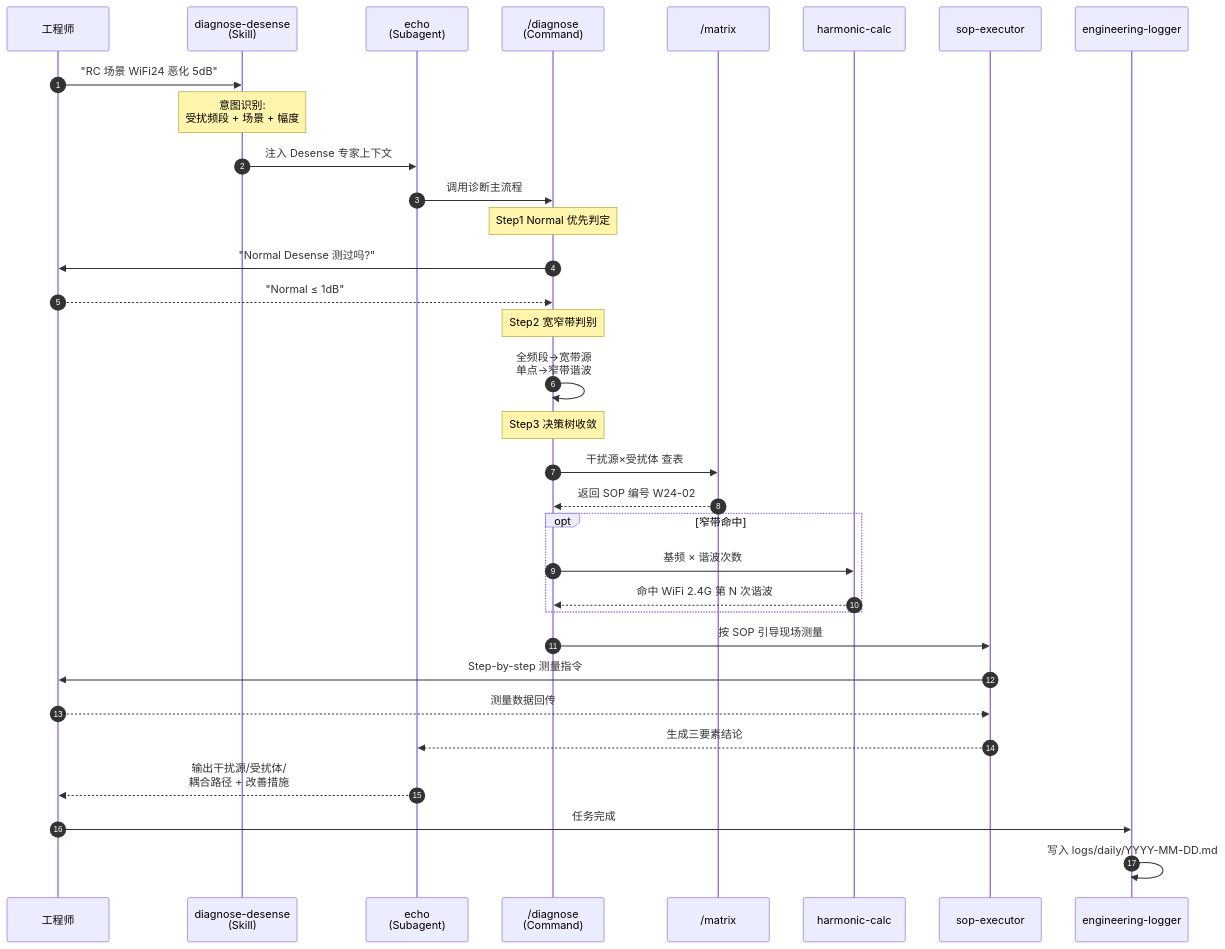
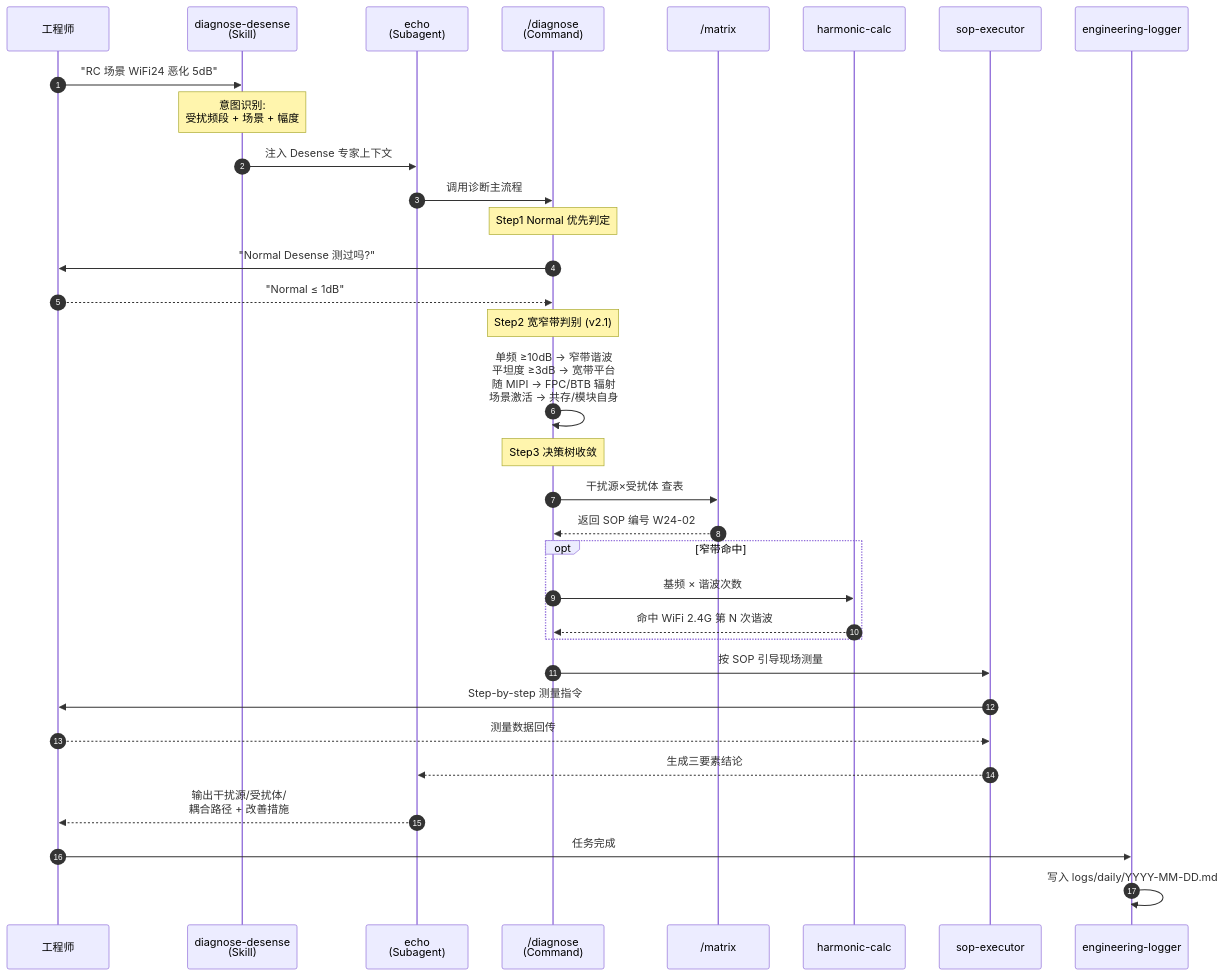
Before and after one commit to cuipointer/Echo: the second of 2 diagrams in docs/architecture.md, drawn with Mermaid. The commit also changed other lines of this file and 1 other file, not shown here.

First line of the commit message:
docs: architecture + development-plan 同步 v2.1.0

````diff
--- a/docs/architecture.md
+++ b/docs/architecture.md
@@ -67,43 +69,43 @@
 ```mermaid
 sequenceDiagram
     autonumber
     participant U as 工程师
     participant S as diagnose-desense<br/>(Skill)
     participant E as echo<br/>(Subagent)
     participant D as /diagnose<br/>(Command)
     participant M as /matrix
     participant H as harmonic-calc
     participant X as sop-executor
     participant L as engineering-logger
 
     U->>S: "RC 场景 WiFi24 恶化 5dB"
     Note over S: 意图识别:<br/>受扰频段 + 场景 + 幅度
     S->>E: 注入 Desense 专家上下文
     E->>D: 调用诊断主流程
 
     Note over D: Step1 Normal 优先判定
     D->>U: "Normal Desense 测过吗?"
     U-->>D: "Normal ≤ 1dB"
 
-    Note over D: Step2 宽窄带判别
-    D->>D: 全频段→宽带源<br/>单点→窄带谐波
+    Note over D: Step2 宽窄带判别 (v2.1)
+    D->>D: 单频 ≥10dB → 窄带谐波<br/>平坦度 ≥3dB → 宽带平台<br/>随 MIPI → FPC/BTB 辐射<br/>场景激活 → 共存/模块自身
 
     Note over D: Step3 决策树收敛
     D->>M: 干扰源×受扰体 查表
     M-->>D: 返回 SOP 编号 W24-02
 
     opt 窄带命中
         D->>H: 基频 × 谐波次数
         H-->>D: 命中 WiFi 2.4G 第 N 次谐波
     end
 
     D->>X: 按 SOP 引导现场测量
     X->>U: Step-by-step 测量指令
     U-->>X: 测量数据回传
     X-->>E: 生成三要素结论
 
     E-->>U: 输出干扰源/受扰体/<br/>耦合路径 + 改善措施
 
     U->>L: 任务完成
     L->>L: 写入 logs/daily/YYYY-MM-DD.md
 ```
````
